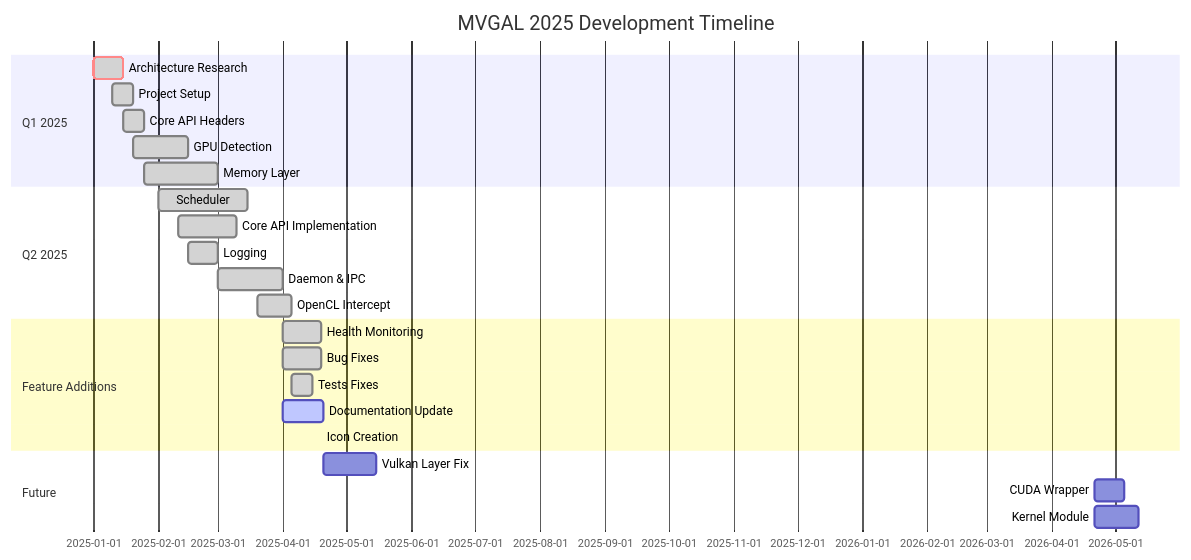
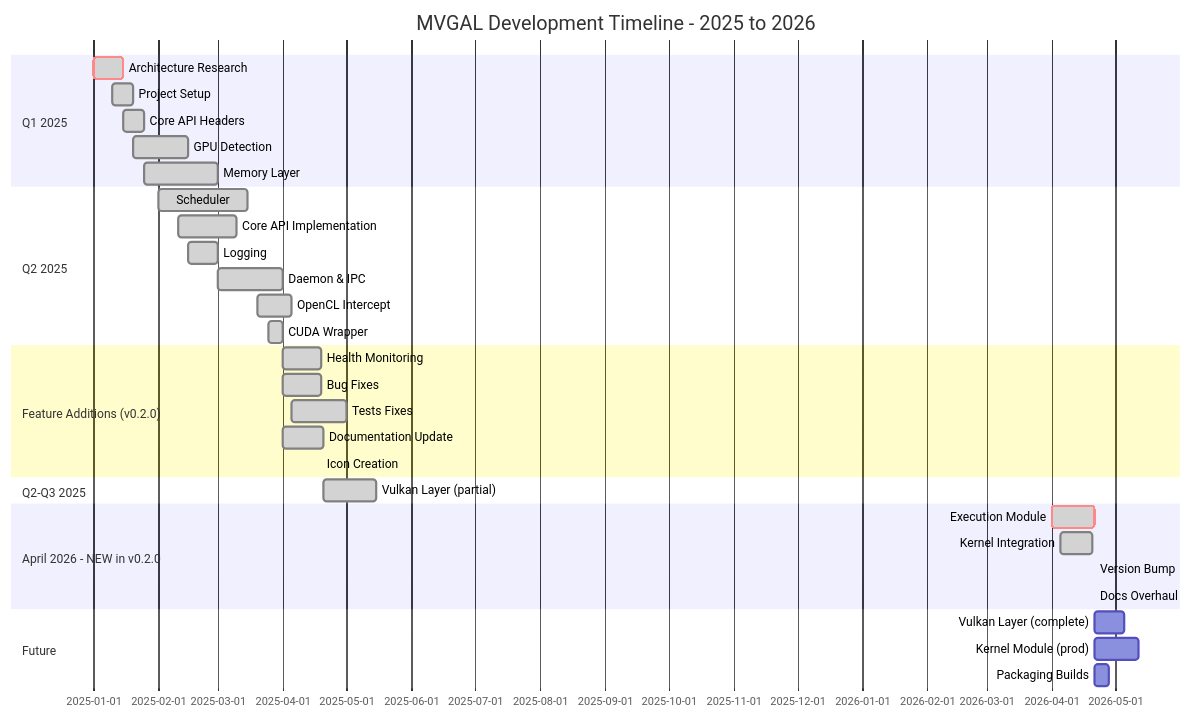
One commit to TheCreateGM/mvgal changed the first of 5 diagrams in docs/CHANGES_2025.md. Above: the diagram before and after it, drawn with Mermaid. The commit also changed other lines of this file and 16 other files, not shown here.

````diff
--- a/docs/CHANGES_2025.md
+++ b/docs/CHANGES_2025.md
@@ -15,31 +17,41 @@
 ```mermaid
 gantt
-    title MVGAL 2025 Development Timeline
+    title MVGAL Development Timeline - 2025 to 2026
     dateFormat  YYYY-MM-DD
     
     section Q1 2025
     Architecture Research      :done, crit, 2025-01-01, 2025-01-15
     Project Setup             :done, high, 2025-01-10, 2025-01-20
     Core API Headers          :done, high, 2025-01-15, 2025-01-25
     GPU Detection             :done, high, 2025-01-20, 2025-02-15
     Memory Layer              :done, high, 2025-01-25, 2025-03-01
     
     section Q2 2025
     Scheduler                 :done, high, 2025-02-01, 2025-03-15
     Core API Implementation   :done, high, 2025-02-10, 2025-03-10
     Logging                  :done, high, 2025-02-15, 2025-03-01
     Daemon & IPC             :done, high, 2025-03-01, 2025-04-01
     OpenCL Intercept         :done, high, 2025-03-20, 2025-04-05
+    CUDA Wrapper             :done, high, 2025-03-25, 2025-04-01
     
-    section Feature Additions
+    section Feature Additions (v0.2.0)
     Health Monitoring        :done, high, 2025-04-01, 2025-04-19
     Bug Fixes                :done, high, 2025-04-01, 2025-04-19
-    Tests Fixes              :done, high, 2025-04-05, 2025-04-15
-    Documentation Update      :active, med, 2025-04-01, 2025-04-20
-    Icon Creation             :done, med, 2025-04-19, 2025-04-19
+    Tests Fixes              :done, high, 2025-04-05, 2025-05-01
+    Documentation Update      :done, med, 2025-04-01, 2025-04-20
+    Icon Creation            :done, med, 2025-04-19, 2025-04-19
+    
+    section Q2-Q3 2025
+    Vulkan Layer (partial)   :done, med, 2025-04-20, 2025-05-15
+    
+    section April 2026 - NEW in v0.2.0
+    Execution Module         :done, crit, 2026-04-01, 2026-04-21
+    Kernel Integration       :done, high, 2026-04-05, 2026-04-20
+    Version Bump             :done, med, 2026-04-21, 2026-04-21
+    Docs Overhaul            :active, med, 2026-04-21, 2026-04-21
     
     section Future
-    Vulkan Layer Fix         :      high, 2025-04-20, 2025-05-15
-    CUDA Wrapper             :      med, after 2025-05-15, 14d
-    Kernel Module           :      low, after 2025-06-01, 21d
+    Vulkan Layer (complete)  :      high, after 2026-04-21, 14d
+    Kernel Module (prod)     :      low, after 2026-06-01, 21d
+    Packaging Builds         :      med, after 2026-05-01, 7d
 ```
````
